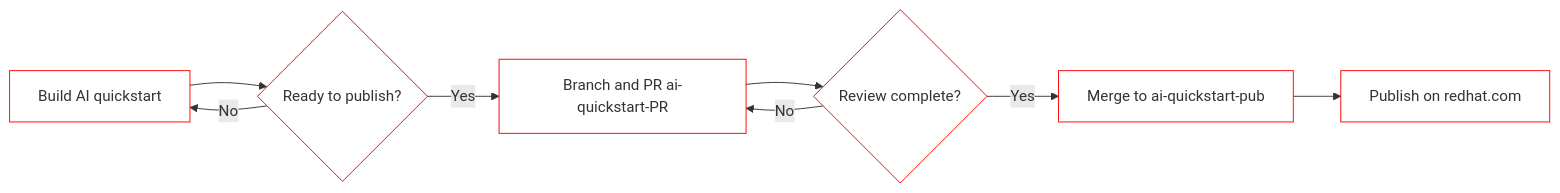
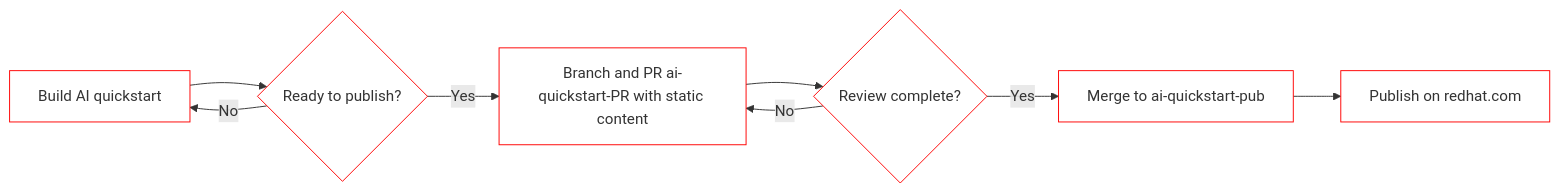
One commit to rh-ai-quickstart/ai-quickstart-contrib changed the second of 2 diagrams in PUBLISHING.md. Above: the diagram before and after it, drawn with Mermaid.

Commit message:
alternative pub process

````diff
--- a/PUBLISHING.md
+++ b/PUBLISHING.md
@@ -40,18 +40,18 @@
 ```mermaid
   flowchart LR 
     A[Build AI quickstart] --> B{Ready to publish?}
     B -- No --> A; 
-    B -- Yes --> C[Branch and PR ai-quickstart-PR];
+    B -- Yes --> C[Branch and PR ai-quickstart-PR with static content];
     C --> D{Review complete?};
     D -- No --> C; 
     D -- Yes --> E[Merge to ai-quickstart-pub];
     E --> F[Publish on redhat.com];
 
     style A fill:#fff,stroke:#f00
     style B fill:#fff,stroke:#f00
     style C fill:#fff,stroke:#f00
     style D fill:#fff,stroke:#f00
     style E fill:#fff,stroke:#f00
     style F fill:#fff,stroke:#f00
     
 ```
````
